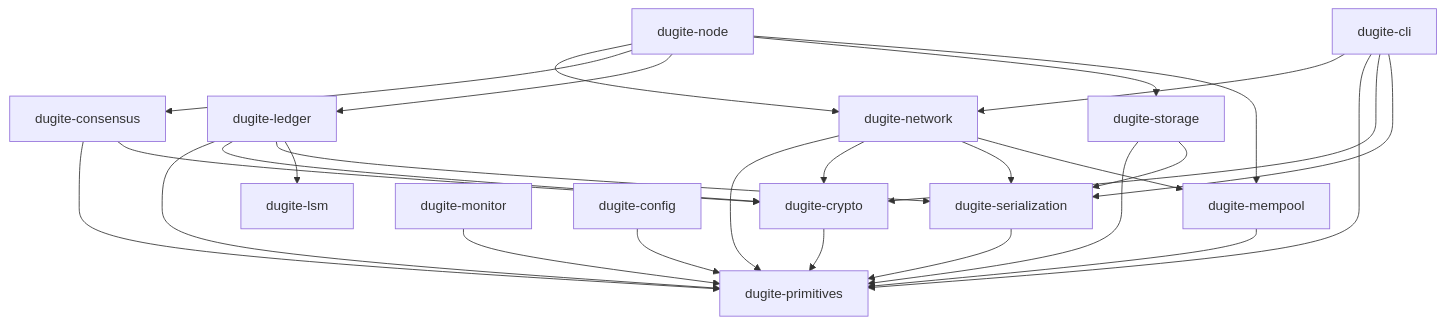
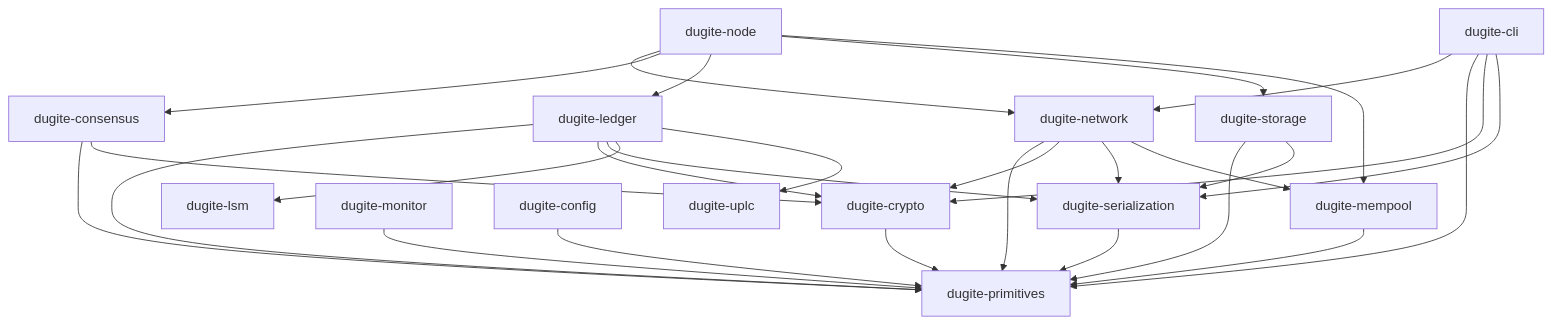
Before and after one commit to michaeljfazio/dugite: the diagram in README.md, drawn with Mermaid. The commit also changed other lines of this file and 9 other files, not shown here.

First line of the commit message:
docs: remove pallas/aiken mentions, restore metrics port to 12798, add dugite-uplc

````diff
--- a/README.md
+++ b/README.md
@@ -69,29 +69,30 @@
 ```mermaid
 graph TD
     NODE[dugite-node] --> NET[dugite-network]
     NODE --> CONS[dugite-consensus]
     NODE --> LEDGER[dugite-ledger]
     NODE --> STORE[dugite-storage]
     NODE --> POOL[dugite-mempool]
     CLI[dugite-cli] --> NET
     CLI --> PRIM[dugite-primitives]
     CLI --> CRYPTO[dugite-crypto]
     CLI --> SER[dugite-serialization]
     MON[dugite-monitor] --> PRIM
     CFG[dugite-config] --> PRIM
     NET --> PRIM
     NET --> CRYPTO
     NET --> SER
     NET --> POOL
     CONS --> PRIM
     CONS --> CRYPTO
     LEDGER --> PRIM
     LEDGER --> CRYPTO
     LEDGER --> SER
     LEDGER --> LSM[dugite-lsm]
+    LEDGER --> UPLC[dugite-uplc]
     STORE --> PRIM
     STORE --> SER
     POOL --> PRIM
     SER --> PRIM
     CRYPTO --> PRIM
 ```
````
